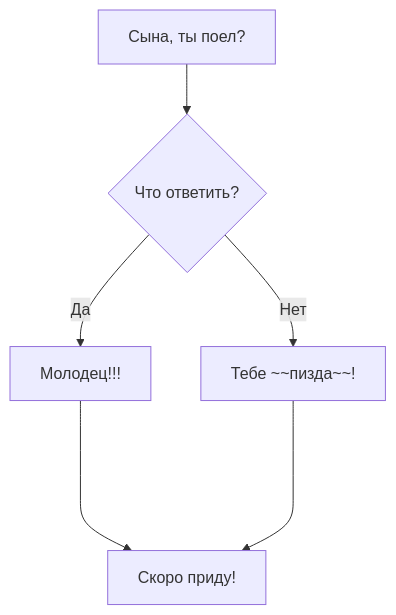
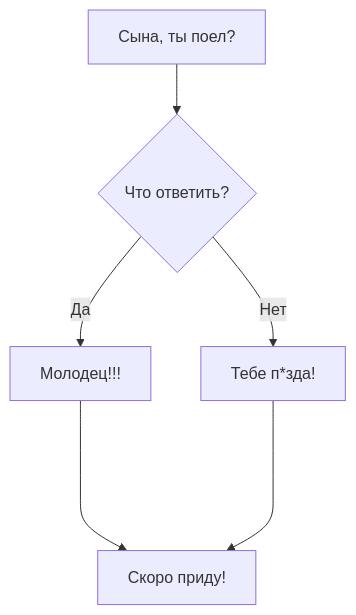
Before and after one commit to RTFuck/first-git: the diagram in README.md, drawn with Mermaid.

Commit message:
Цензура

````diff
--- a/README.md
+++ b/README.md
@@ -12,8 +12,8 @@
 ```mermaid
 flowchart TD
 	A[Сына, ты поел?] --> B{Что ответить?};
 	B -- Да --> C[Молодец!!!];
-	B -- Нет --> D[Тебе ~~пизда~~!];
+	B -- Нет --> D[Тебе п*зда!];
 	C ----> E[Скоро приду!];
 	D ----> E[Скоро приду!];
 ```
````
